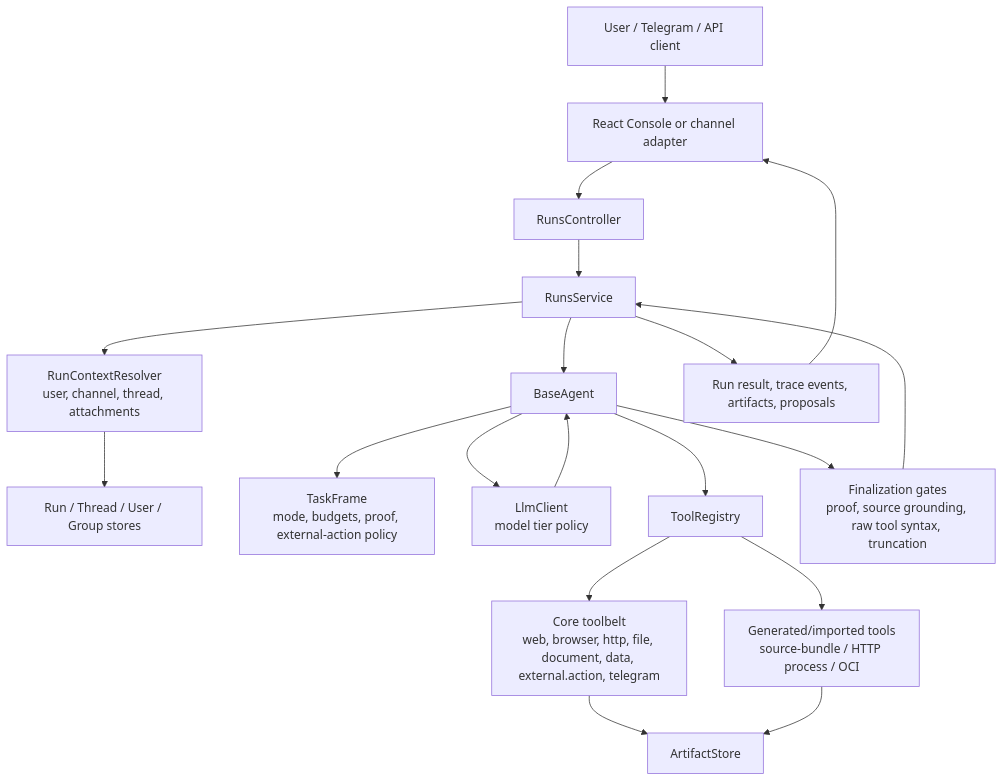
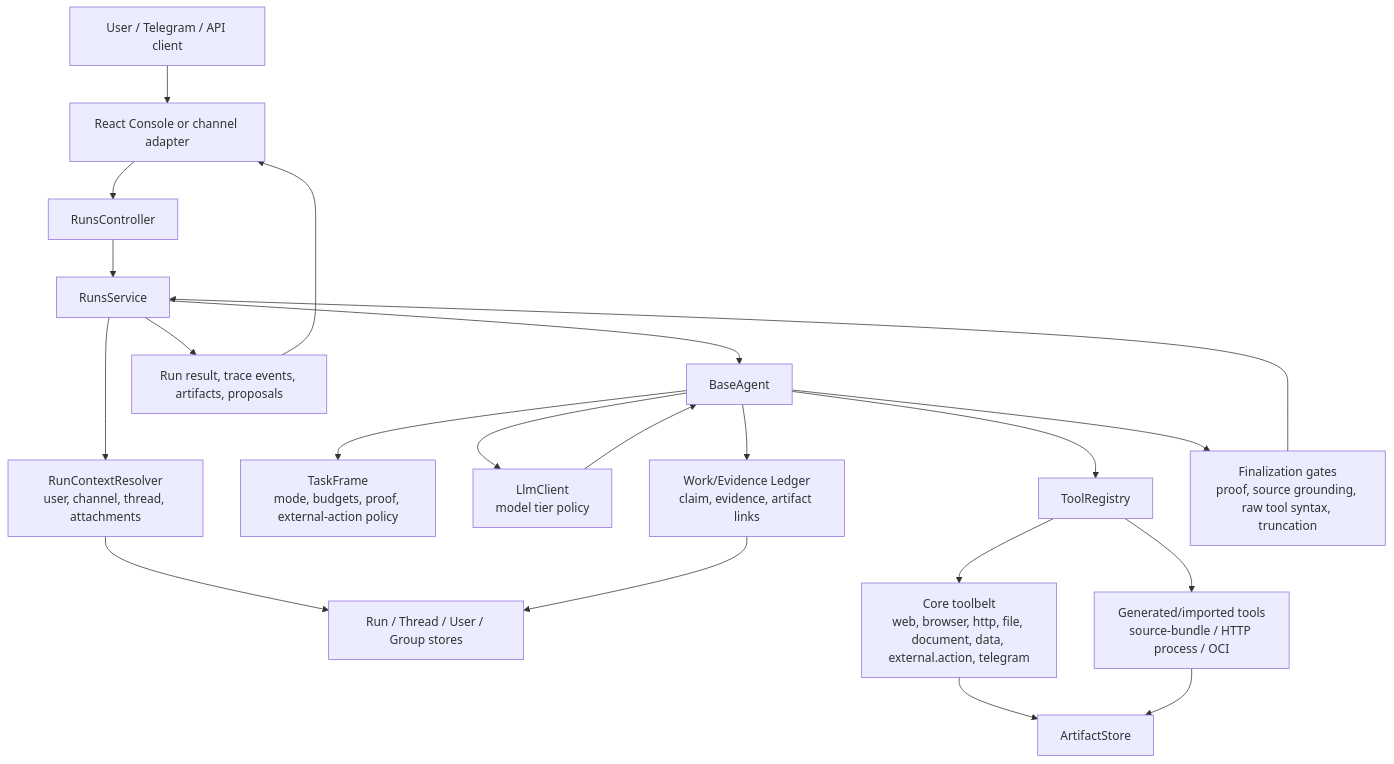
The first of 4 diagrams in docs/current-architecture.md (ruler47/agentic), drawn with Mermaid before and after one commit. The commit also changed other lines of this file and 9 other files, not shown here.

````diff
--- a/docs/current-architecture.md
+++ b/docs/current-architecture.md
@@ -19,21 +19,23 @@
 ```mermaid
 flowchart TD
   U["User / Telegram / API client"] --> UI["React Console or channel adapter"]
   UI --> RC["RunsController"]
   RC --> RS["RunsService"]
   RS --> CR["RunContextResolver\nuser, channel, thread, attachments"]
   CR --> Stores["Run / Thread / User / Group stores"]
   RS --> BA["BaseAgent"]
   BA --> TF["TaskFrame\nmode, budgets, proof, external-action policy"]
   BA --> LLM["LlmClient\nmodel tier policy"]
   LLM --> BA
   BA --> TR["ToolRegistry"]
+  BA --> WL["Work/Evidence Ledger\nclaim, evidence, artifact links"]
   TR --> CT["Core toolbelt\nweb, browser, http, file, document, data, external.action, telegram"]
   TR --> GT["Generated/imported tools\nsource-bundle / HTTP process / OCI"]
   CT --> AR["ArtifactStore"]
   GT --> AR
+  WL --> Stores
   BA --> FG["Finalization gates\nproof, source grounding, raw tool syntax, truncation"]
   FG --> RS
   RS --> API["Run result, trace events, artifacts, proposals"]
   API --> UI
 ```
````
